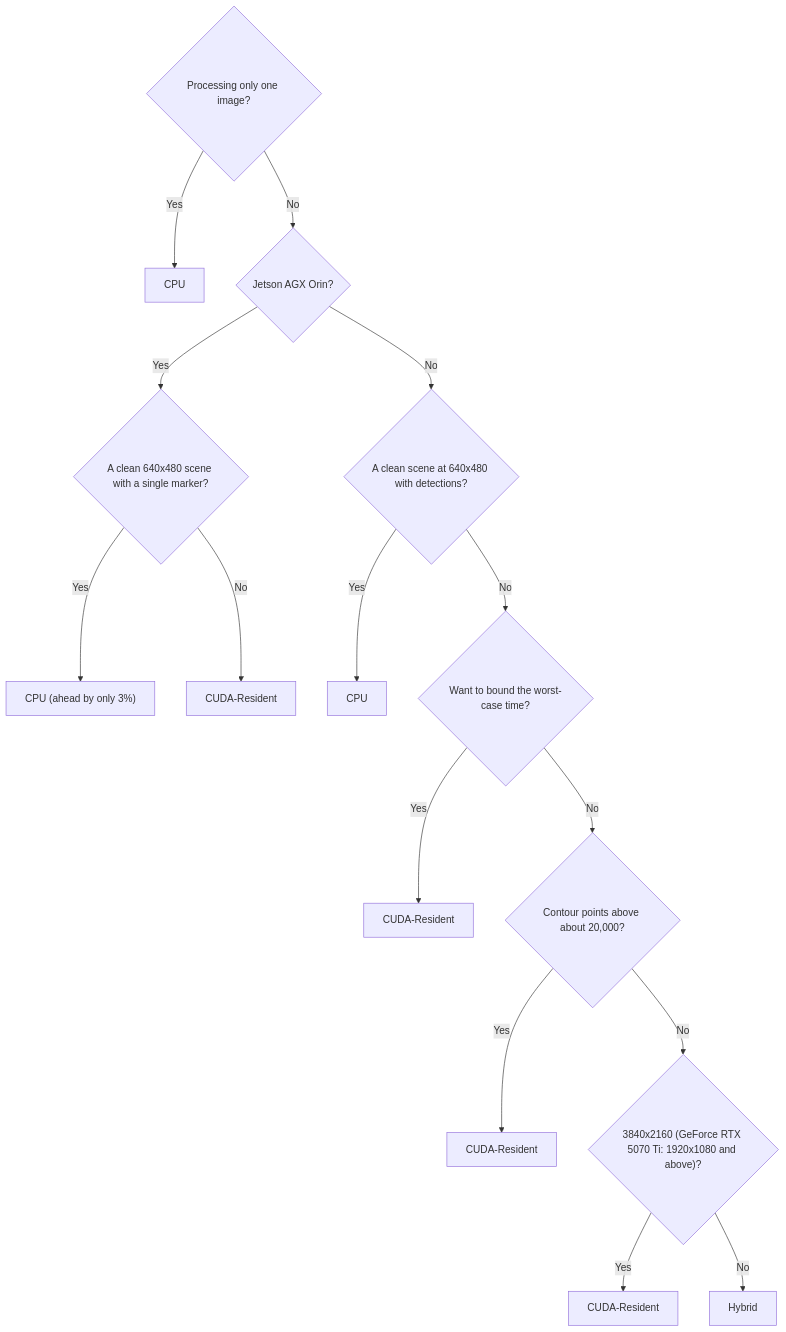
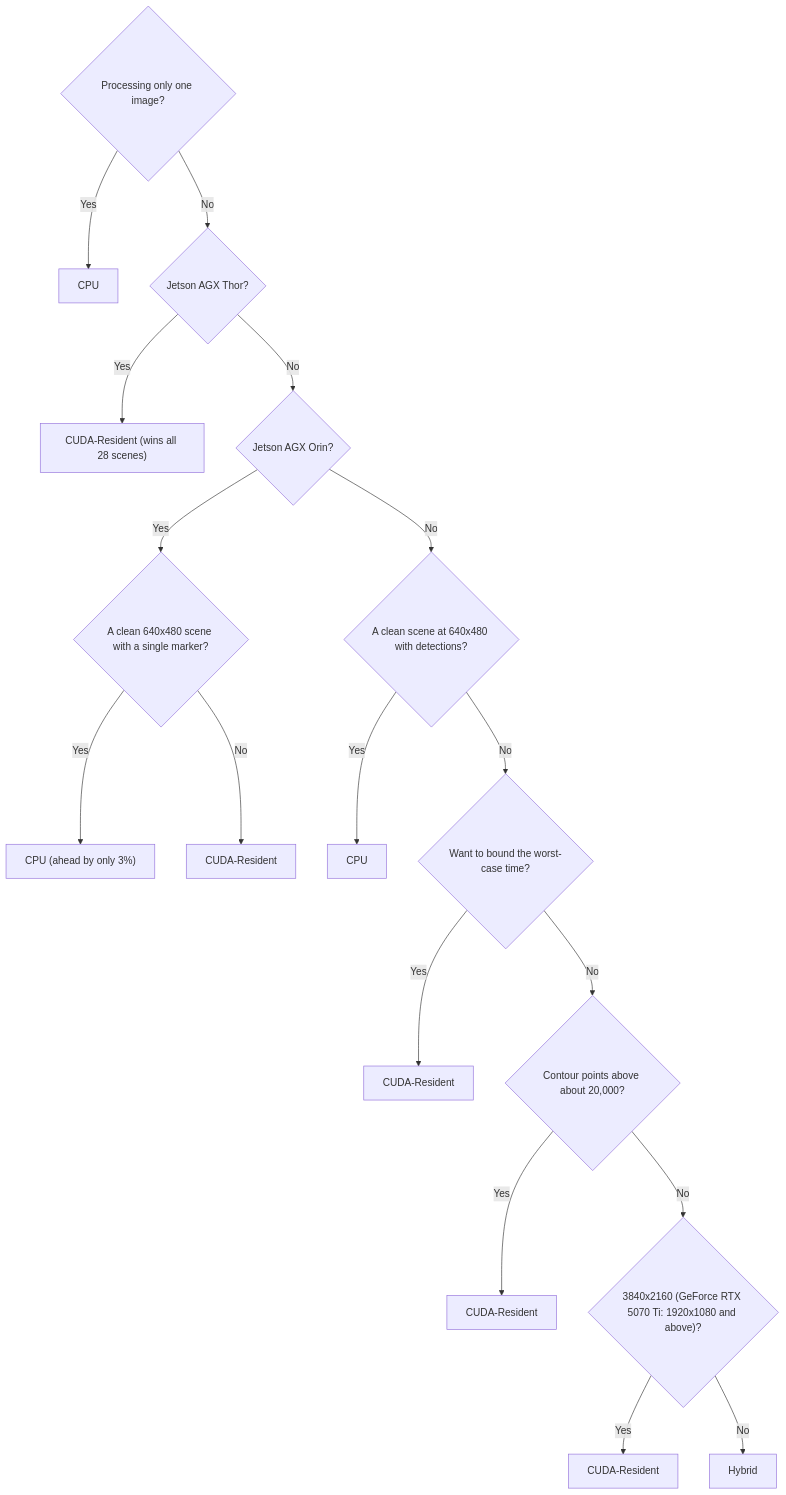
The second of 2 diagrams in docs/benchmark-report.md (MasakazuTobeta/ArUco3-CUDA), drawn with Mermaid before and after one commit. The commit also changed other lines of this file and 4 other files, not shown here.

````diff
--- a/docs/benchmark-report.md
+++ b/docs/benchmark-report.md
@@ -490,17 +490,19 @@
 ```mermaid
 flowchart TD
     S{"Processing only one image?"} -->|Yes| CPU1["CPU"]
-    S -->|No| M{"Jetson AGX Orin?"}
+    S -->|No| T{"Jetson AGX Thor?"}
+    T -->|Yes| R0["CUDA-Resident (wins all 28 scenes)"]
+    T -->|No| M{"Jetson AGX Orin?"}
     M -->|Yes| J{"A clean 640x480 scene with a single marker?"}
     J -->|Yes| CPU3["CPU (ahead by only 3%)"]
     J -->|No| R1["CUDA-Resident"]
     M -->|No| Q640{"A clean scene at 640x480 with detections?"}
     Q640 -->|Yes| CPU2["CPU"]
     Q640 -->|No| W{"Want to bound the worst-case time?"}
     W -->|Yes| R2["CUDA-Resident"]
     W -->|No| K{"Contour points above about 20,000?"}
     K -->|Yes| R3["CUDA-Resident"]
     K -->|No| K2{"3840x2160 (GeForce RTX 5070 Ti: 1920x1080 and above)?"}
     K2 -->|Yes| R4["CUDA-Resident"]
     K2 -->|No| H["Hybrid"]
 ```
````
